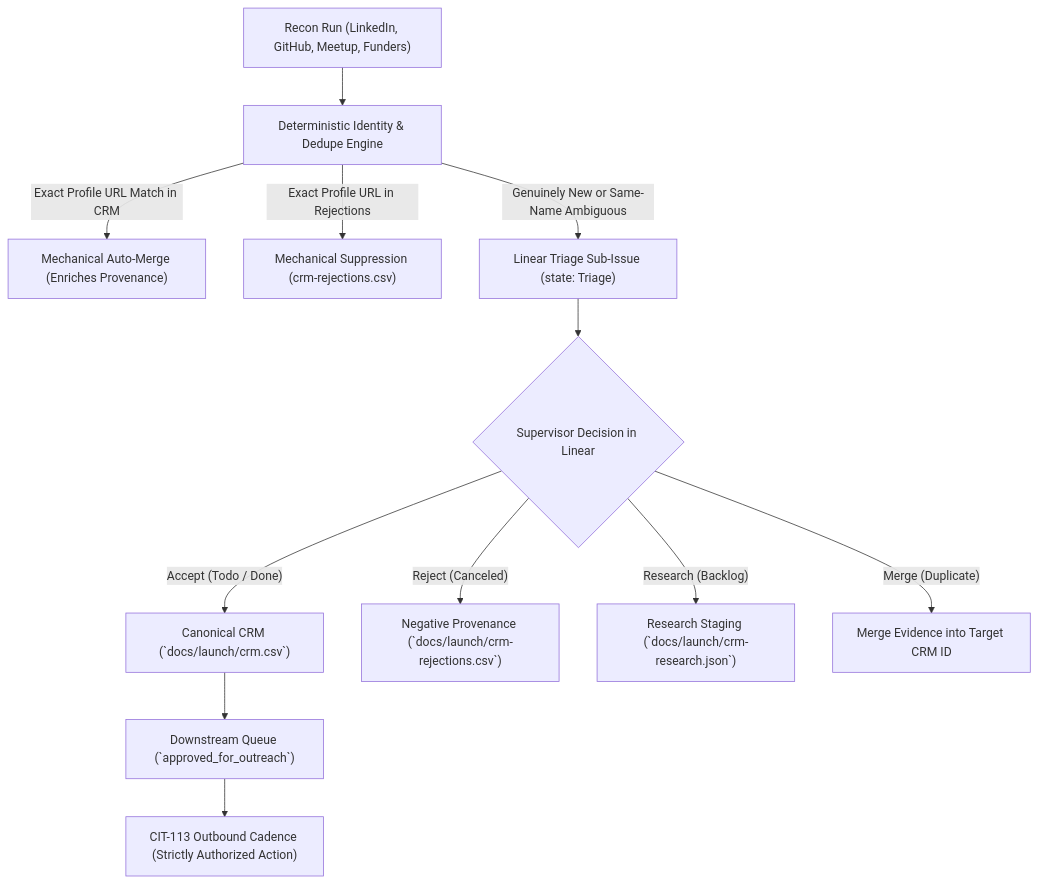
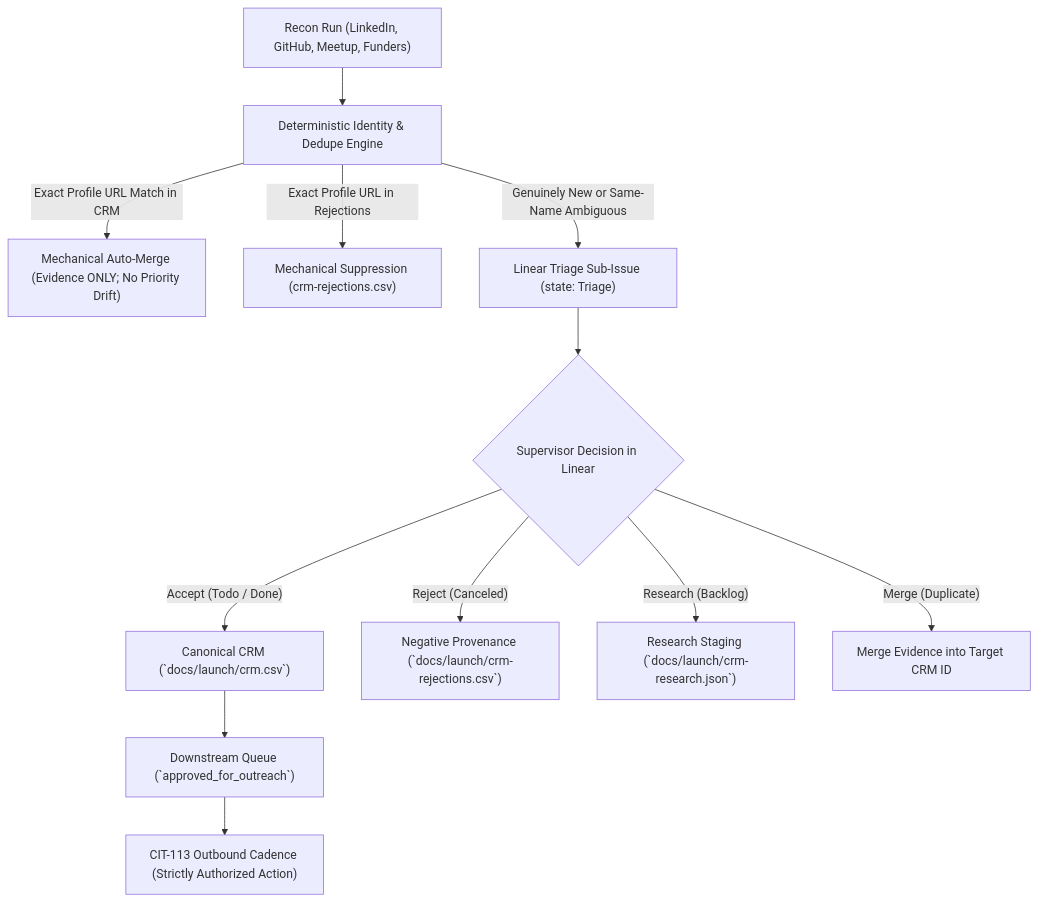
The diagram in docs/launch/recon-to-crm.md (null-hype/agent-plugins), drawn with Mermaid before and after one commit. The commit also changed other lines of this file and 3 other files, not shown here.

````diff
--- a/docs/launch/recon-to-crm.md
+++ b/docs/launch/recon-to-crm.md
@@ -23,16 +29,16 @@
 ```mermaid
 flowchart TD
     A["Recon Run (LinkedIn, GitHub, Meetup, Funders)"] --> B["Deterministic Identity & Dedupe Engine"]
-    B -- "Exact Profile URL Match in CRM" --> C["Mechanical Auto-Merge (Enriches Provenance)"]
+    B -- "Exact Profile URL Match in CRM" --> C["Mechanical Auto-Merge (Evidence ONLY; No Priority Drift)"]
     B -- "Exact Profile URL in Rejections" --> D["Mechanical Suppression (crm-rejections.csv)"]
     B -- "Genuinely New or Same-Name Ambiguous" --> E["Linear Triage Sub-Issue (state: Triage)"]
     
     E --> F{"Supervisor Decision in Linear"}
     F -- "Accept (Todo / Done)" --> G["Canonical CRM (`docs/launch/crm.csv`)"]
     F -- "Reject (Canceled)" --> H["Negative Provenance (`docs/launch/crm-rejections.csv`)"]
     F -- "Research (Backlog)" --> I["Research Staging (`docs/launch/crm-research.json`)"]
     F -- "Merge (Duplicate)" --> J["Merge Evidence into Target CRM ID"]
 
     G --> K["Downstream Queue (`approved_for_outreach`)"]
     K --> L["CIT-113 Outbound Cadence (Strictly Authorized Action)"]
 ```
````
